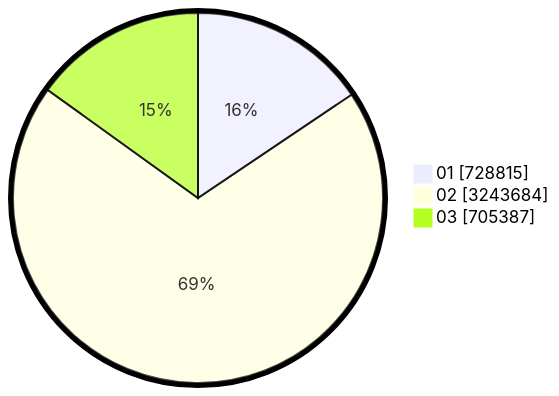
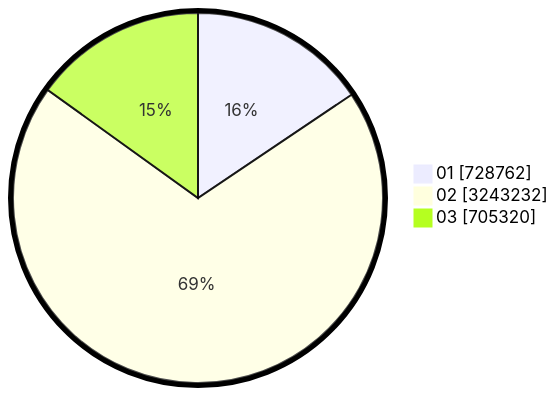
The second of 2 diagrams in pilpres/hitung-suara/sub/table-wilayah-18.md (gigit-pemilu/pemilu-2024), drawn with Mermaid before and after one commit. The commit also changed other lines of this file and 8 other files, not shown here.

````diff
--- a/pilpres/hitung-suara/sub/table-wilayah-18.md
+++ b/pilpres/hitung-suara/sub/table-wilayah-18.md
@@ -15,7 +15,7 @@
 ```mermaid
 %%{init: {"pie": {"textPosition": 0.5}, "themeVariables": {"pieOuterStrokeWidth": "5px"}} }%%
 pie showData
-    "01" : 728815
-    "02" : 3243684
-    "03" : 705387
+    "01" : 728762
+    "02" : 3243232
+    "03" : 705320
 ```
````
